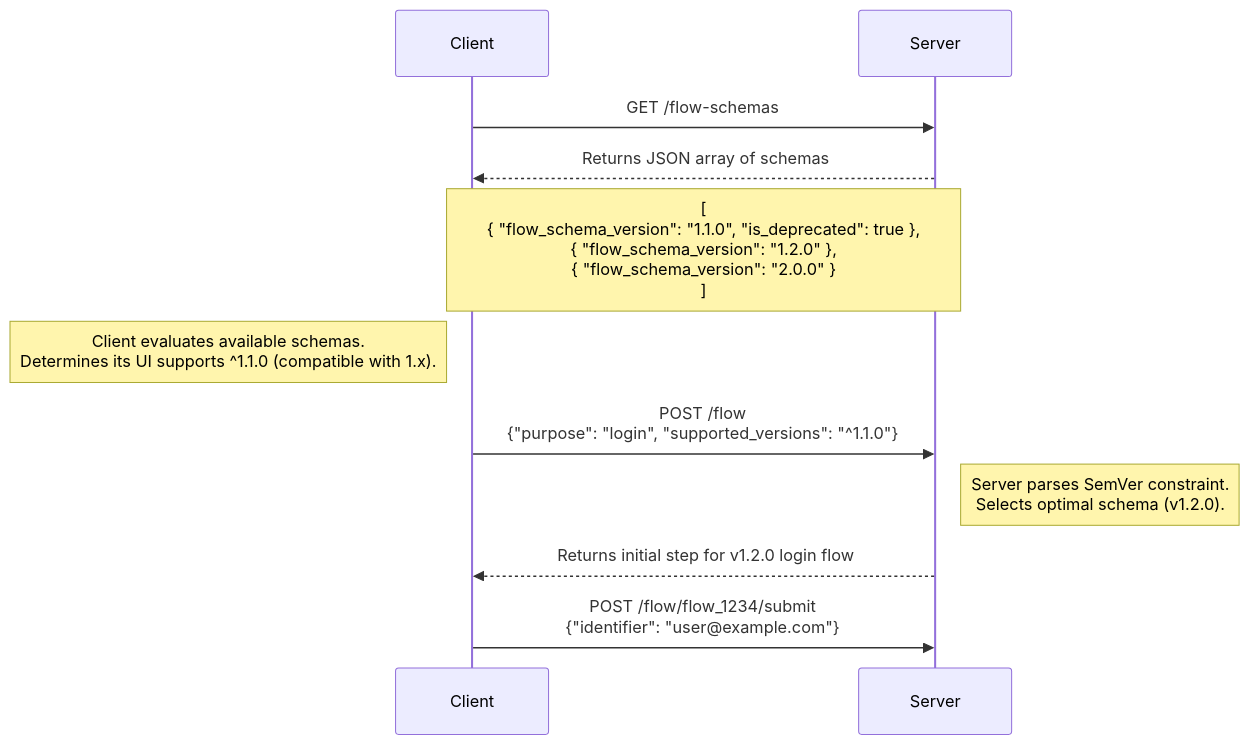
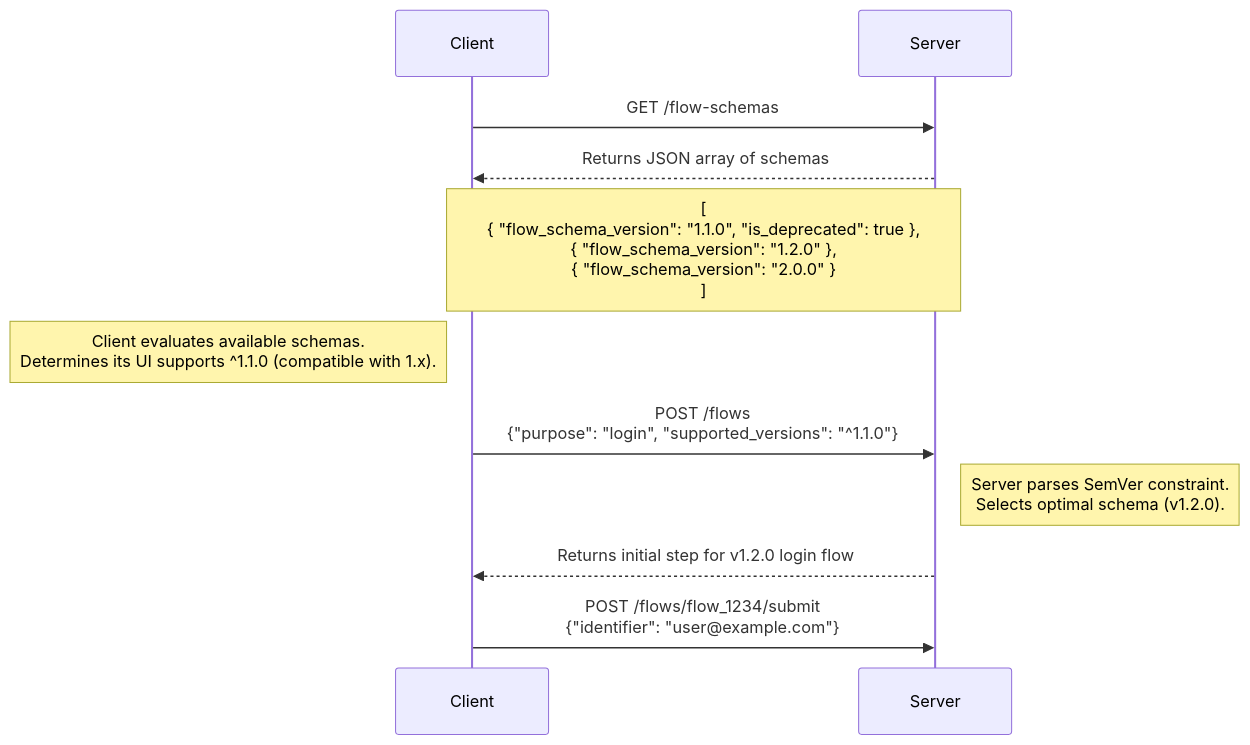
The diagram in docs/design/flowengine/capability-handshake.md (zitadel/nextgen), drawn with Mermaid before and after one commit. The commit also changed 24 other files, not shown here.

First line of the commit message:
docs: name the flow operations' path /flows in the ADRs and design notes

````diff
--- a/docs/design/flowengine/capability-handshake.md
+++ b/docs/design/flowengine/capability-handshake.md
@@ -11,13 +11,13 @@
 ```mermaid
 sequenceDiagram
 participant Client
 participant Server
     Client->>Server: GET /flow-schemas
     Server-->>Client: Returns JSON array of schemas
     Note over Client, Server: [<br/>  { "flow_schema_version": "1.1.0", "is_deprecated": true },<br/>  { "flow_schema_version": "1.2.0" },<br/>  { "flow_schema_version": "2.0.0" }<br/>]
     Note left of Client: Client evaluates available schemas.<br/>Determines its UI supports ^1.1.0 (compatible with 1.x).
-    Client->>Server: POST /flow<br/>{"purpose": "login", "supported_versions": "^1.1.0"}
+    Client->>Server: POST /flows<br/>{"purpose": "login", "supported_versions": "^1.1.0"}
     Note right of Server: Server parses SemVer constraint.<br/>Selects optimal schema (v1.2.0).
     Server-->>Client: Returns initial step for v1.2.0 login flow
-    Client->>Server: POST /flow/flow_1234/submit<br/>{"identifier": "user@example.com"}
+    Client->>Server: POST /flows/flow_1234/submit<br/>{"identifier": "user@example.com"}
 ```
````
